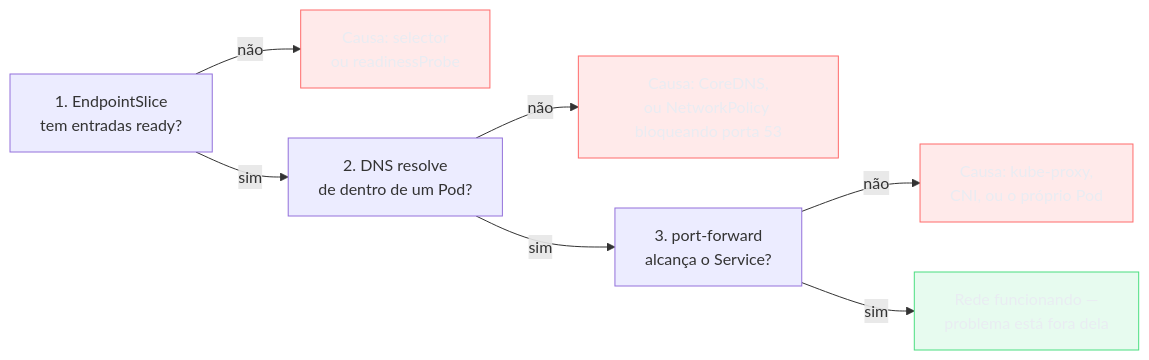
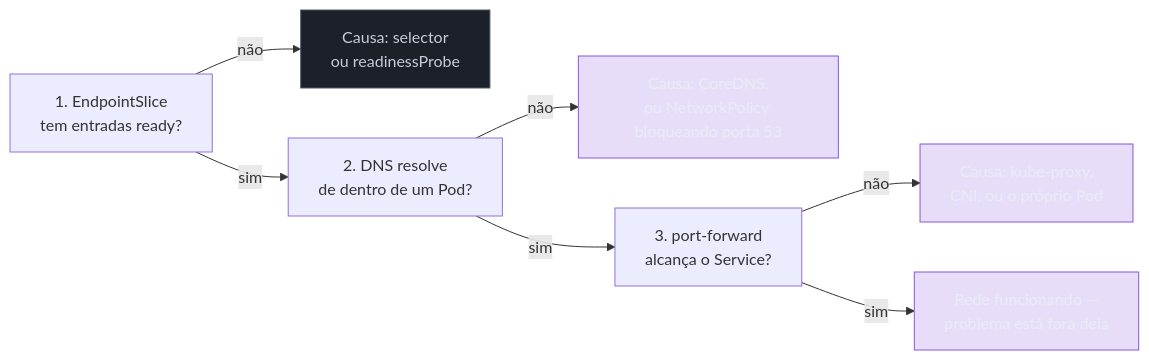
Before and after one commit to josenaldo/codex-technomanticus: the fourth of 5 diagrams in 03-Dominios/Tecnologia/Infraestrutura/Kubernetes/20 - Rede do cluster por dentro.md, drawn with Mermaid. The commit also changed other lines of this file and 601 other files, not shown here.

````diff
--- a/03-Dominios/Tecnologia/Infraestrutura/Kubernetes/20 - Rede do cluster por dentro.md
+++ b/03-Dominios/Tecnologia/Infraestrutura/Kubernetes/20 - Rede do cluster por dentro.md
@@ -369,16 +369,16 @@
 ```mermaid
 graph LR
-    classDef falha fill:#FF6B6B24,stroke:#FF6B6B,color:#E9ECF2
-    classDef ok fill:#4ADE8021,stroke:#4ADE80,color:#E9ECF2
+    classDef marca fill:#8855DF33,stroke:#8855DF,color:#E9ECF2
+    classDef neutro fill:#1B2029,stroke:#4E5666,color:#C6CCD8
     P1["1. EndpointSlice<br/>tem entradas ready?"] -->|"não"| F1["Causa: selector<br/>ou readinessProbe"]
     P1 -->|"sim"| P2["2. DNS resolve<br/>de dentro de um Pod?"]
     P2 -->|"não"| F2["Causa: CoreDNS,<br/>ou NetworkPolicy bloqueando porta 53"]
     P2 -->|"sim"| P3["3. port-forward<br/>alcança o Service?"]
     P3 -->|"não"| F3["Causa: kube-proxy,<br/>CNI, ou o próprio Pod"]
     P3 -->|"sim"| OK["Rede funcionando —<br/>problema está fora dela"]
 
-    class F1 falha
-    class F2 falha
-    class F3 falha
-    class OK ok
+    class F1 neutro
+    class F2 marca
+    class F3 marca
+    class OK marca
 ```
````
